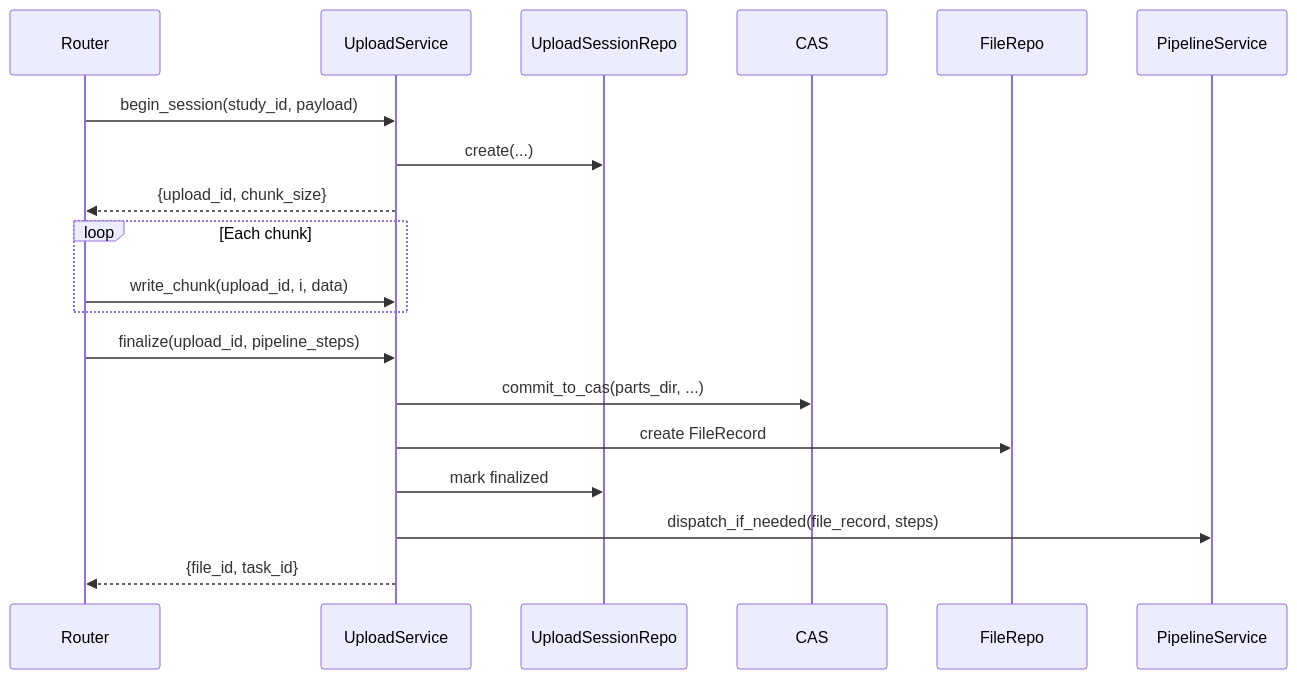
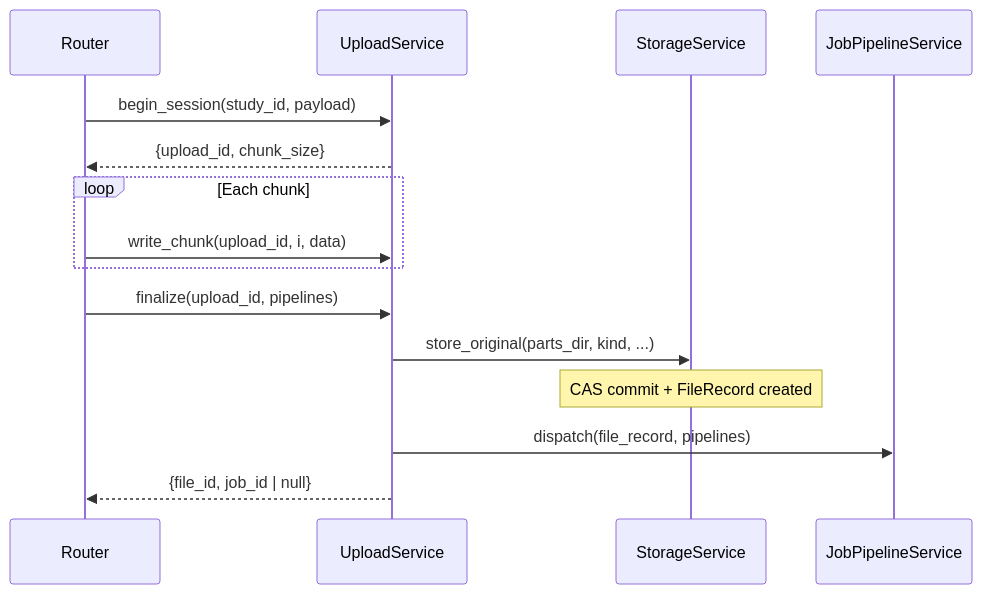
Before and after one commit to pFornagiel/toothviz: the second of 5 diagrams in plans/architecture_reference.md, drawn with Mermaid. The commit also changed other lines of this file and 5 other files, not shown here.

````diff
--- a/plans/architecture_reference.md
+++ b/plans/architecture_reference.md
@@ -224,24 +289,20 @@
 ```mermaid
 sequenceDiagram
     participant Router
     participant UploadService
-    participant UploadSessionRepo
-    participant CAS
-    participant FileRepo
-    participant PipelineService
+    participant StorageService
+    participant JobPipelineService
 
     Router->>UploadService: begin_session(study_id, payload)
-    UploadService->>UploadSessionRepo: create(...)
     UploadService-->>Router: {upload_id, chunk_size}
 
     loop Each chunk
         Router->>UploadService: write_chunk(upload_id, i, data)
     end
 
-    Router->>UploadService: finalize(upload_id, pipeline_steps)
-    UploadService->>CAS: commit_to_cas(parts_dir, ...)
-    UploadService->>FileRepo: create FileRecord
-    UploadService->>UploadSessionRepo: mark finalized
-    UploadService->>PipelineService: dispatch_if_needed(file_record, steps)
-    UploadService-->>Router: {file_id, task_id}
+    Router->>UploadService: finalize(upload_id, pipelines)
+    UploadService->>StorageService: store_original(parts_dir, kind, ...)
+    Note over StorageService: CAS commit + FileRecord created
+    UploadService->>JobPipelineService: dispatch(file_record, pipelines)
+    UploadService-->>Router: {file_id, job_id | null}
 ```
````
